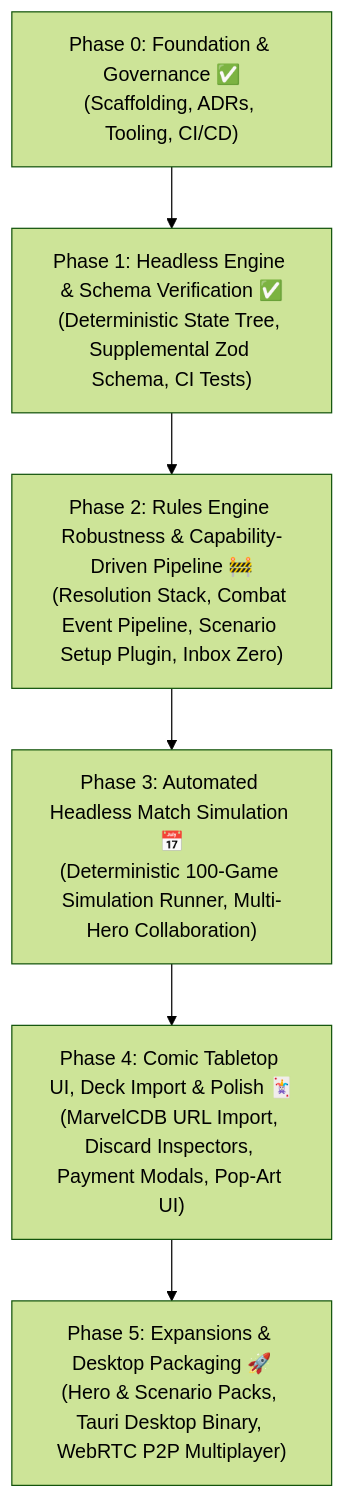
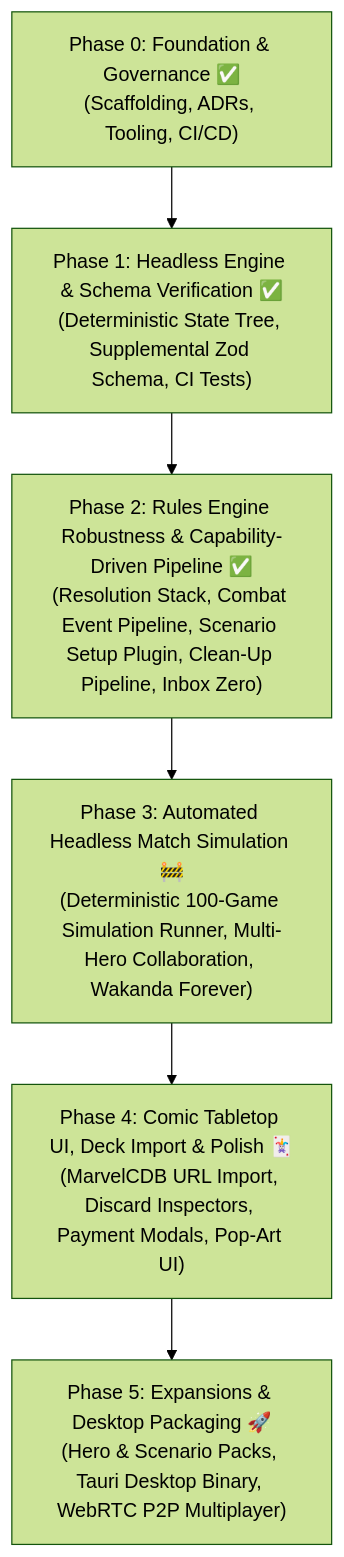
Before and after one commit to SteveRodrigue/MCD: the diagram in docs/roadmap_and_milestones.md, drawn with Mermaid (forest theme). The commit also changed other lines of this file and 4 other files, not shown here.

Commit message:
docs(roadmap): Synchronize roadmap milestones and enforce 8-point post-task protocol across skills and AGENTS.md

````diff
--- a/docs/roadmap_and_milestones.md
+++ b/docs/roadmap_and_milestones.md
@@ -30,8 +30,8 @@
 ```mermaid
 graph TD
     P0["Phase 0: Foundation & Governance ✅<br/>(Scaffolding, ADRs, Tooling, CI/CD)"] --> P1["Phase 1: Headless Engine & Schema Verification ✅<br/>(Deterministic State Tree, Supplemental Zod Schema, CI Tests)"]
-    P1 --> P2["Phase 2: Rules Engine Robustness & Capability-Driven Pipeline 🚧<br/>(Resolution Stack, Combat Event Pipeline, Scenario Setup Plugin, Inbox Zero)"]
-    P2 --> P3["Phase 3: Automated Headless Match Simulation 📅<br/>(Deterministic 100-Game Simulation Runner, Multi-Hero Collaboration)"]
+    P1 --> P2["Phase 2: Rules Engine Robustness & Capability-Driven Pipeline ✅<br/>(Resolution Stack, Combat Event Pipeline, Scenario Setup Plugin, Clean-Up Pipeline, Inbox Zero)"]
+    P2 --> P3["Phase 3: Automated Headless Match Simulation 🚧<br/>(Deterministic 100-Game Simulation Runner, Multi-Hero Collaboration, Wakanda Forever)"]
     P3 --> P4["Phase 4: Comic Tabletop UI, Deck Import & Polish 🃏<br/>(MarvelCDB URL Import, Discard Inspectors, Payment Modals, Pop-Art UI)"]
     P4 --> P5["Phase 5: Expansions & Desktop Packaging 🚀<br/>(Hero & Scenario Packs, Tauri Desktop Binary, WebRTC P2P Multiplayer)"]
 ```
````
